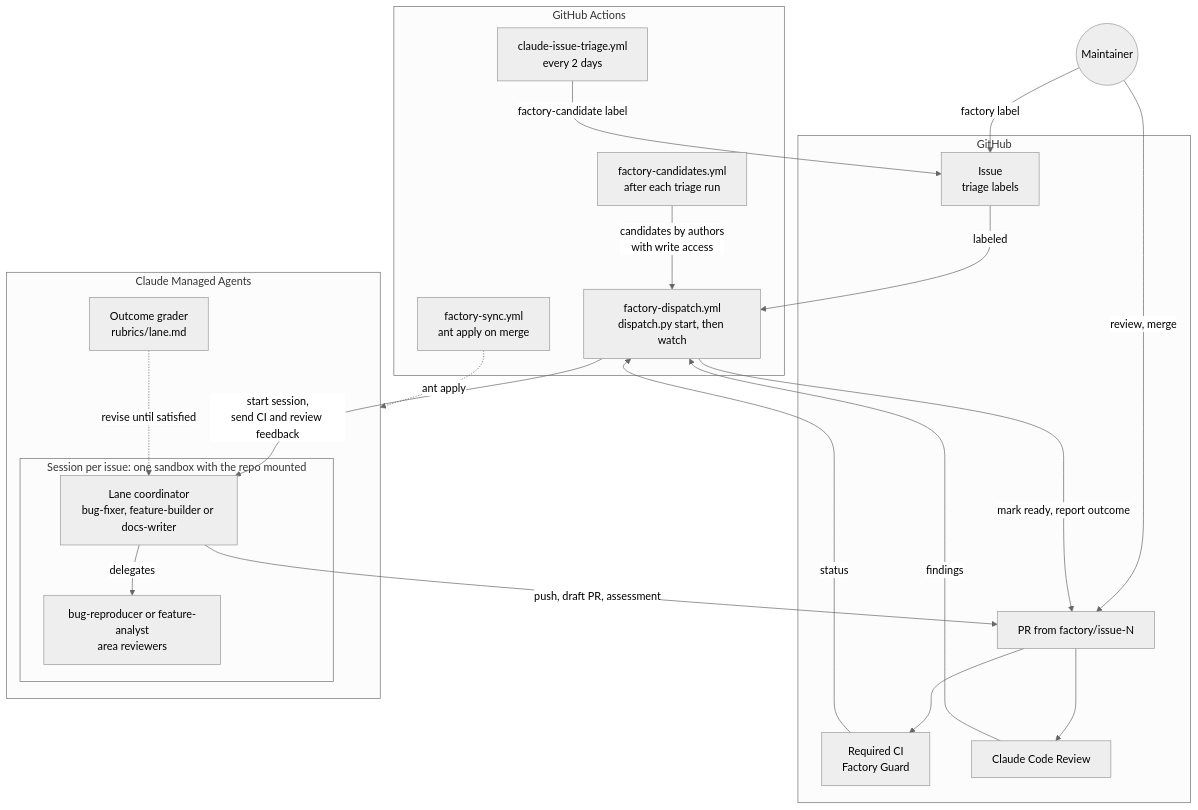
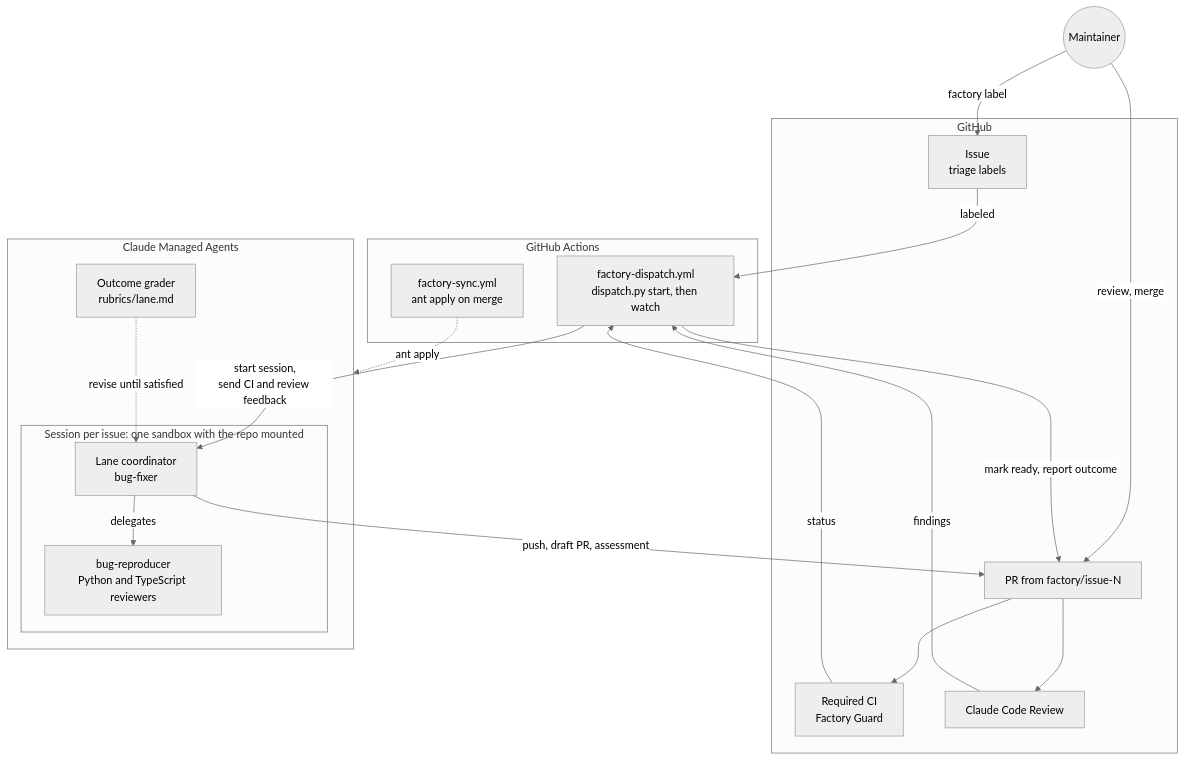
Before and after one commit to Arize-ai/openinference: the first of 2 diagrams in factory/README.md, drawn with Mermaid (neutral theme). The commit also changed other lines of this file and 14 other files, not shown here.

First line of the commit message:
chore(factory): adapt the bug lane, sandbox and dispatcher to openinference

````diff
--- a/factory/README.md
+++ b/factory/README.md
@@ -9,42 +11,38 @@
 ```mermaid
 flowchart TB
   maintainer(("Maintainer"))
 
   subgraph github["GitHub"]
     issue["Issue<br/>triage labels"]
     pr["PR from factory/issue-N"]
     checks["Required CI<br/>Factory Guard"]
     review["Claude Code Review"]
   end
 
   subgraph actions["GitHub Actions"]
-    triage["claude-issue-triage.yml<br/>every 2 days"]
-    candidates["factory-candidates.yml<br/>after each triage run"]
     dispatch["factory-dispatch.yml<br/>dispatch.py start, then watch"]
     sync["factory-sync.yml<br/>ant apply on merge"]
   end
 
   subgraph agents["Claude Managed Agents"]
     subgraph session["Session per issue: one sandbox with the repo mounted"]
-      coordinator["Lane coordinator<br/>bug-fixer, feature-builder or docs-writer"]
-      subagents["bug-reproducer or feature-analyst<br/>area reviewers"]
+      coordinator["Lane coordinator<br/>bug-fixer"]
+      subagents["bug-reproducer<br/>Python and TypeScript reviewers"]
     end
     grader["Outcome grader<br/>rubrics/lane.md"]
   end
 
   maintainer -->|"factory label"| issue
   maintainer -->|"review, merge"| pr
-  triage -->|"factory-candidate label"| issue
-  candidates -->|"candidates by authors<br/>with write access"| dispatch
   issue -->|"labeled"| dispatch
   dispatch -->|"start session,<br/>send CI and review feedback"| coordinator
   coordinator -->|"delegates"| subagents
   grader -.->|"revise until satisfied"| coordinator
   coordinator -->|"push, draft PR, assessment"| pr
   pr --> checks
   pr --> review
   checks -->|"status"| dispatch
   review -->|"findings"| dispatch
   dispatch -->|"mark ready, report outcome"| pr
   sync -.->|"ant apply"| agents
 ```
````
